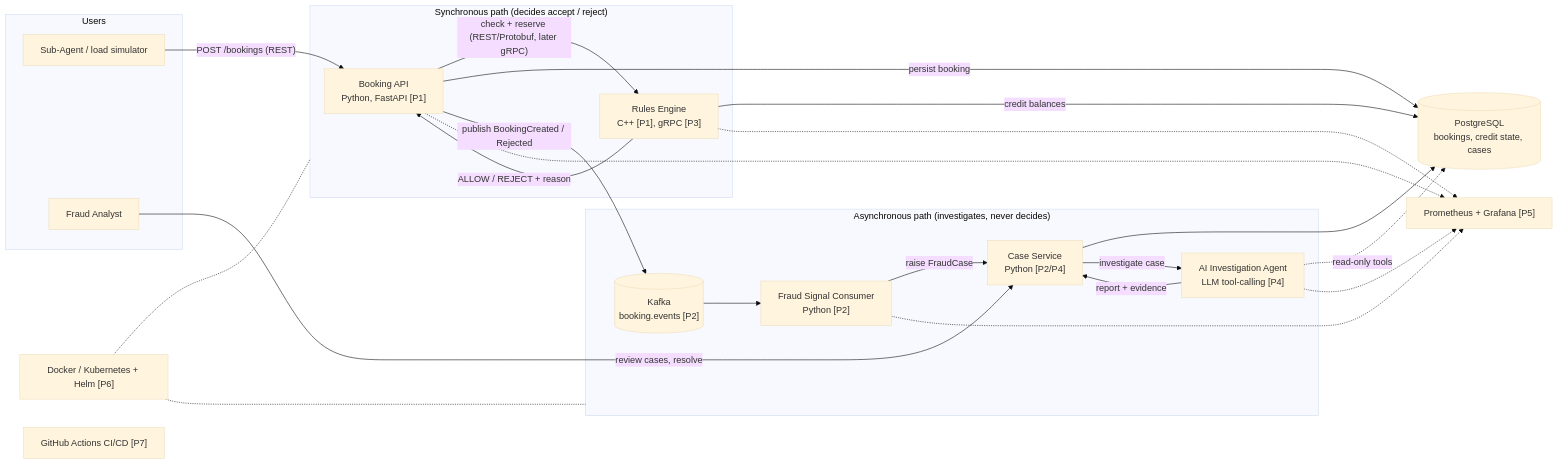
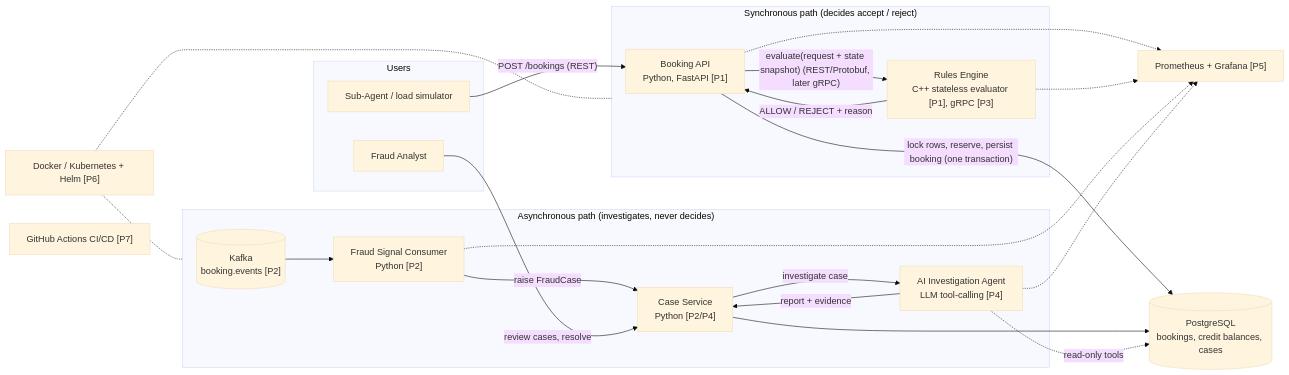
The first of 3 diagrams in docs/hld/03-system-architecture.md (Anshuman2101/FareGaurd), drawn with Mermaid (base theme) before and after one commit. The commit also changed other lines of this file, not shown here.

Commit message:
docs: record Phase 1 design decisions (DB-owned balances, stateless engine, velocity rule)

````diff
--- a/docs/hld/03-system-architecture.md
+++ b/docs/hld/03-system-architecture.md
@@ -10,45 +10,43 @@
 ```mermaid
 flowchart LR
     subgraph Users
         SA["Sub-Agent / load simulator"]
         FA["Fraud Analyst"]
     end
 
     subgraph Sync["Synchronous path (decides accept / reject)"]
         API["Booking API<br/>Python, FastAPI [P1]"]
-        RE["Rules Engine<br/>C++ [P1], gRPC [P3]"]
+        RE["Rules Engine<br/>C++ stateless evaluator [P1], gRPC [P3]"]
     end
 
     subgraph Async["Asynchronous path (investigates, never decides)"]
         K[("Kafka<br/>booking.events [P2]")]
         FC["Fraud Signal Consumer<br/>Python [P2]"]
         CS["Case Service<br/>Python [P2/P4]"]
         AG["AI Investigation Agent<br/>LLM tool-calling [P4]"]
     end
 
-    DB[("PostgreSQL<br/>bookings, credit state, cases")]
+    DB[("PostgreSQL<br/>bookings, credit balances, cases")]
     OBS["Prometheus + Grafana [P5]"]
     K8S["Docker / Kubernetes + Helm [P6]"]
     CI["GitHub Actions CI/CD [P7]"]
 
     SA -->|"POST /bookings (REST)"| API
-    API -->|"check + reserve (REST/Protobuf, later gRPC)"| RE
+    API -->|"evaluate(request + state snapshot) (REST/Protobuf, later gRPC)"| RE
     RE -->|"ALLOW / REJECT + reason"| API
-    API -->|"persist booking"| DB
-    RE -->|"credit balances"| DB
-    API -->|"publish BookingCreated / Rejected"| K
+    API -->|"lock rows, reserve, persist booking (one transaction)"| DB
     K --> FC
     FC -->|"raise FraudCase"| CS
     CS --> DB
     CS -->|"investigate case"| AG
     AG -.->|"read-only tools"| DB
     AG -->|"report + evidence"| CS
     FA -->|"review cases, resolve"| CS
 
     API -.-> OBS
     RE -.-> OBS
     FC -.-> OBS
     AG -.-> OBS
     K8S -.- Sync
     K8S -.- Async
 ```
````
